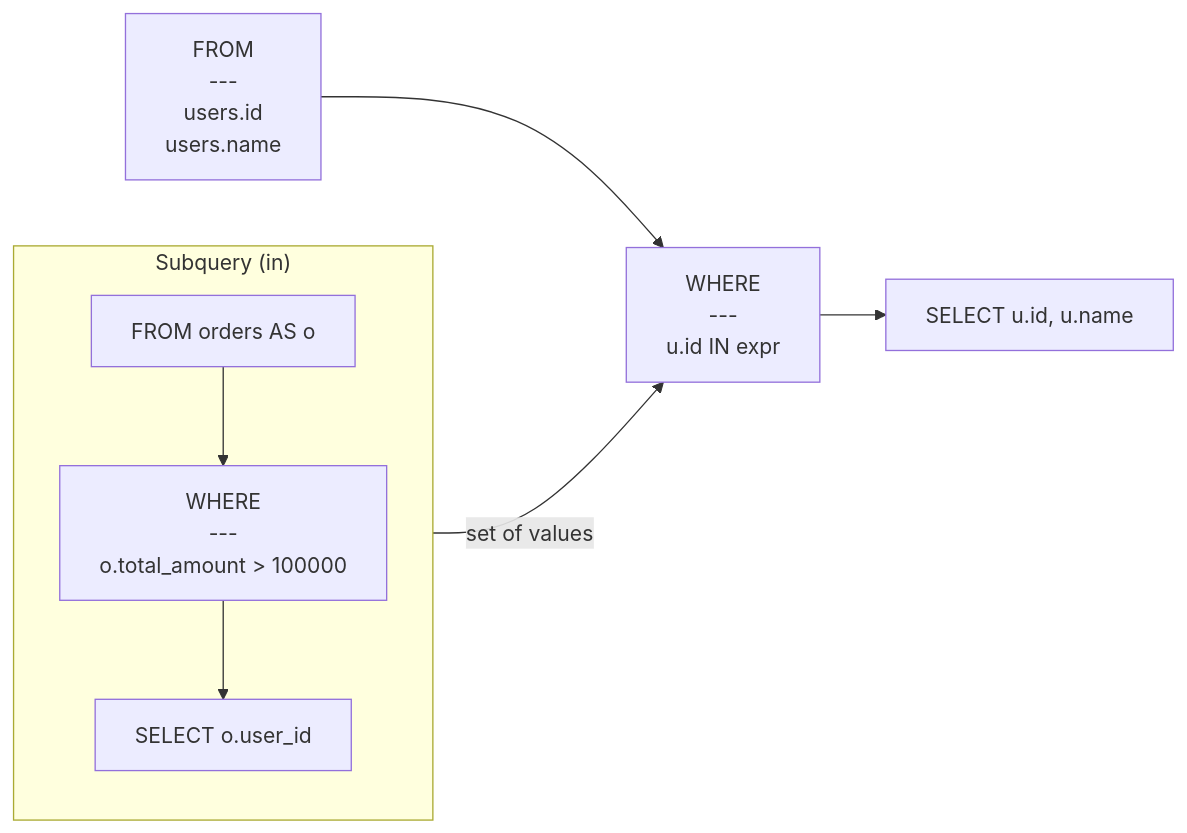
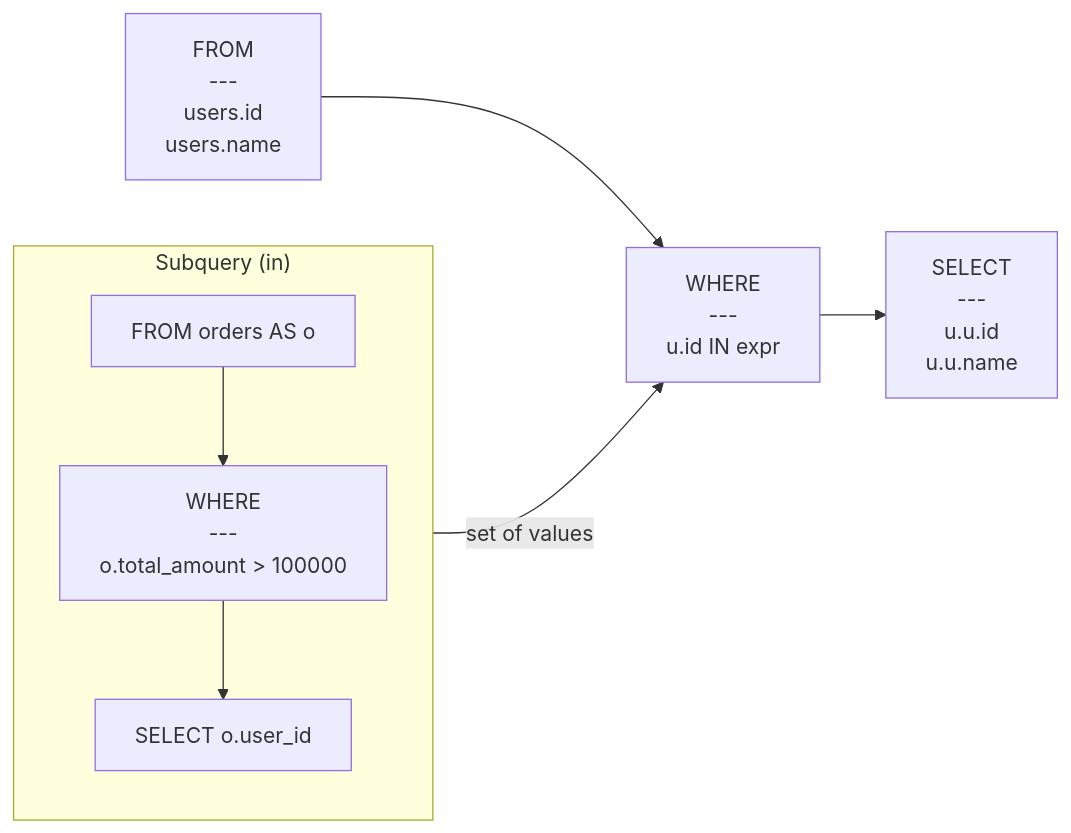
Before and after one commit to rot1024/sqloflow: the diagram in examples/subquery_in.mmd, drawn with Mermaid. The commit also changed 42 other files, not shown here.

```diff
--- a/examples/subquery_in.mmd
+++ b/examples/subquery_in.mmd
@@ -1,15 +1,15 @@
 flowchart LR
     node_0["FROM<br/>---<br/>users.id<br/>users.name"]
     node_1["WHERE<br/>---<br/>u.id IN expr"]
     subgraph subquery_node_2 ["Subquery (in)"]
         direction TB
         subq_0_node_0[FROM orders AS o]
         subq_0_node_1["WHERE<br/>---<br/>o.total_amount &gt; 100000"]
         subq_0_node_2["SELECT o.user_id"]
         subq_0_node_0 --> subq_0_node_1
         subq_0_node_1 --> subq_0_node_2
     end
     subq_0_node_2 -->|set of values| node_1
-    node_3["SELECT u.id, u.name"]
+    node_3["SELECT<br/>---<br/>u.u.id<br/>u.u.name"]
     node_0 --> node_1
     node_1 --> node_3
```
